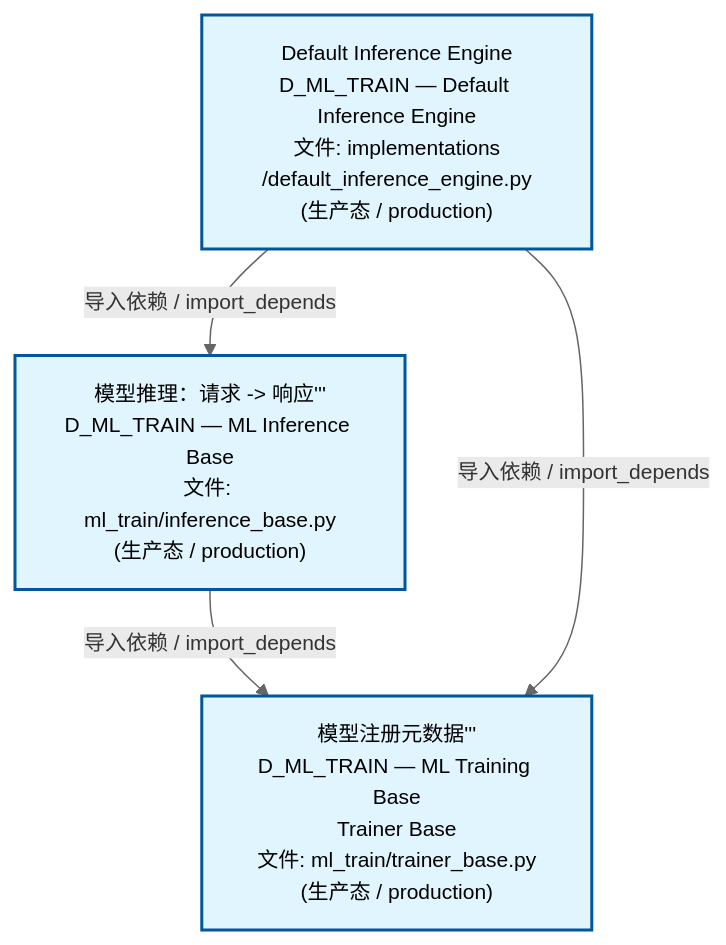
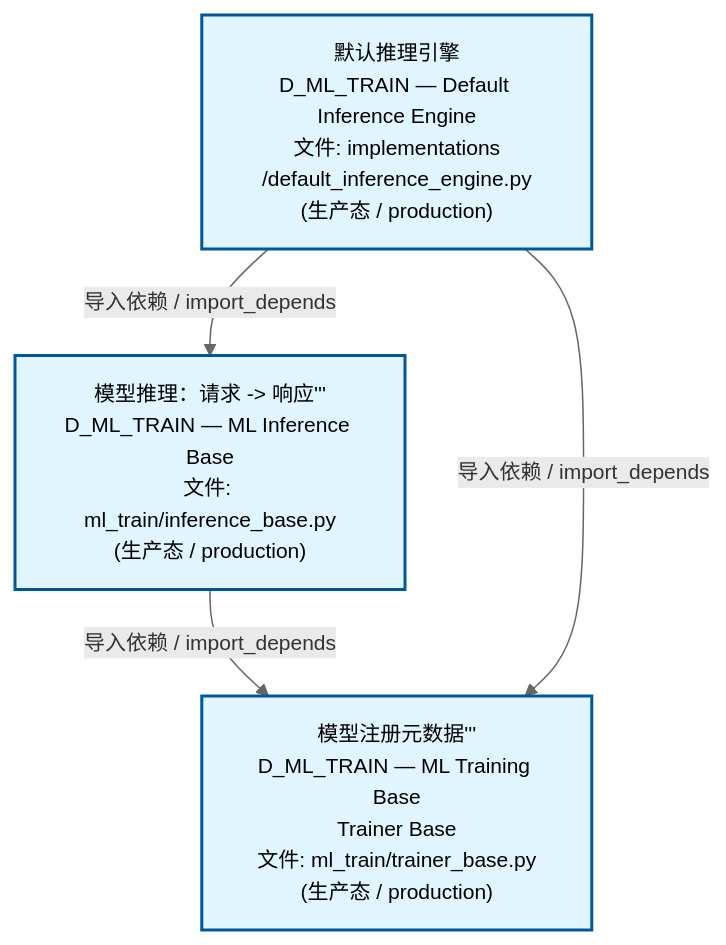
Before and after one commit to xuanFelixVan/ZephyrAlpha: the second of 4 diagrams in docs/02_enterprise_architecture/02_domain_architecture_docs/61_d_ml_train.md, drawn with Mermaid. The commit also changed other lines of this file and 52 other files, not shown here.

````diff
--- a/docs/02_enterprise_architecture/02_domain_architecture_docs/61_d_ml_train.md
+++ b/docs/02_enterprise_architecture/02_domain_architecture_docs/61_d_ml_train.md
@@ -107,15 +107,15 @@
 ```mermaid
 %%{init: {'theme': 'base', 'themeVariables': {'primaryColor': '#eaeaea', 'primaryTextColor': '#333333', 'primaryBorderColor': '#666666', 'lineColor': '#666666', 'secondaryColor': '#eaeaea', 'tertiaryColor': '#eaeaea', 'fontSize': '14px'}}}%%
 flowchart TD
-    src_zephyr_ml_train_implementations_default_inference_engine_py["Default Inference Engine<br/>D_ML_TRAIN — Default Inference Engine<br/>文件: implementations<br/>/default_inference_engine.py<br/>(生产态 / production)"]
+    src_zephyr_ml_train_implementations_default_inference_engine_py["默认推理引擎<br/>D_ML_TRAIN — Default Inference Engine<br/>文件: implementations<br/>/default_inference_engine.py<br/>(生产态 / production)"]
     src_zephyr_ml_train_inference_base_py["模型推理：请求 -> 响应'''<br/>D_ML_TRAIN — ML Inference Base<br/>文件: ml_train/inference_base.py<br/>(生产态 / production)"]
     src_zephyr_ml_train_trainer_base_py["模型注册元数据'''<br/>D_ML_TRAIN — ML Training Base<br/>Trainer Base<br/>文件: ml_train/trainer_base.py<br/>(生产态 / production)"]
     src_zephyr_ml_train_inference_base_py -->|导入依赖 / import_depends| src_zephyr_ml_train_trainer_base_py
     src_zephyr_ml_train_implementations_default_inference_engine_py -->|导入依赖 / import_depends| src_zephyr_ml_train_inference_base_py
     src_zephyr_ml_train_implementations_default_inference_engine_py -->|导入依赖 / import_depends| src_zephyr_ml_train_trainer_base_py
     classDef production fill:#e1f5fe,stroke:#01579b,stroke-width:2px,color:#000
     classDef design fill:#fff3e0,stroke:#e65100,stroke-width:2px,color:#000,stroke-dasharray: 5 5
     classDef external_prod fill:#e8f4fd,stroke:#0277bd,stroke-width:1px,color:#000
     classDef external_design fill:#fff8e7,stroke:#ef6c00,stroke-width:1px,color:#000,stroke-dasharray: 5 5
     class src_zephyr_ml_train_implementations_default_inference_engine_py,src_zephyr_ml_train_inference_base_py,src_zephyr_ml_train_trainer_base_py production
 ```
````
